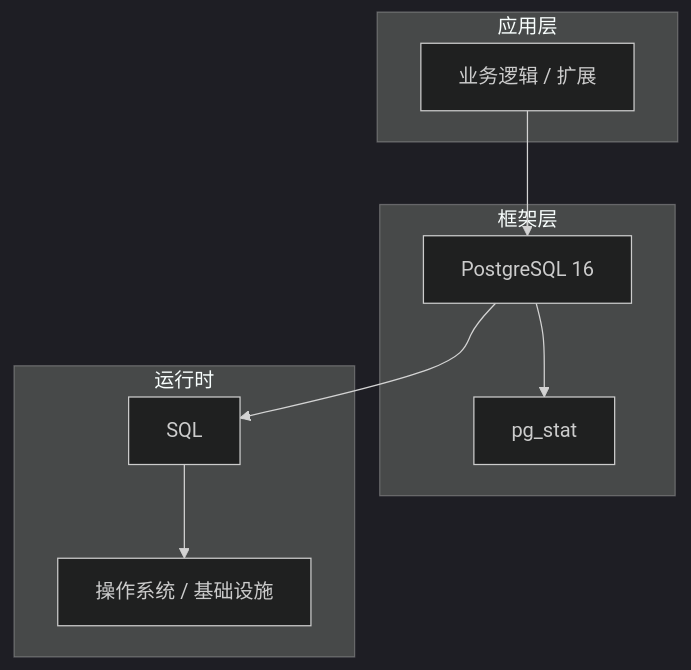
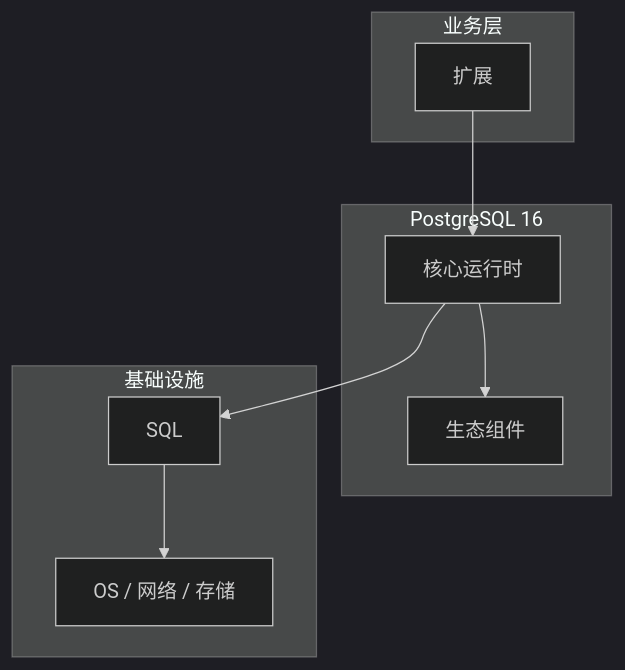
The diagram in articles/PostgreSQL/chapters/049-扩展核心概念与原理.md (yanggan2015/knowledge-json-v2), drawn with Mermaid (dark theme) before and after one commit. The commit also changed other lines of this file and 10127 other files, not shown here.

````diff
--- a/articles/PostgreSQL/chapters/049-扩展核心概念与原理.md
+++ b/articles/PostgreSQL/chapters/049-扩展核心概念与原理.md
@@ -45,18 +34,18 @@
 ```mermaid
 graph TB
-    subgraph 应用层
-        A[业务逻辑 / 扩展]
+    subgraph 业务层
+        A[扩展]
     end
-    subgraph 框架层
-        B[PostgreSQL 16]
-        C[pg_stat]
+    subgraph PostgreSQL 16
+        B[核心运行时]
+        C[生态组件]
     end
-    subgraph 运行时
+    subgraph 基础设施
         D[SQL]
-        E[操作系统 / 基础设施]
+        E[OS / 网络 / 存储]
     end
     A --> B
     B --> C
     B --> D
     D --> E
 ```
````
